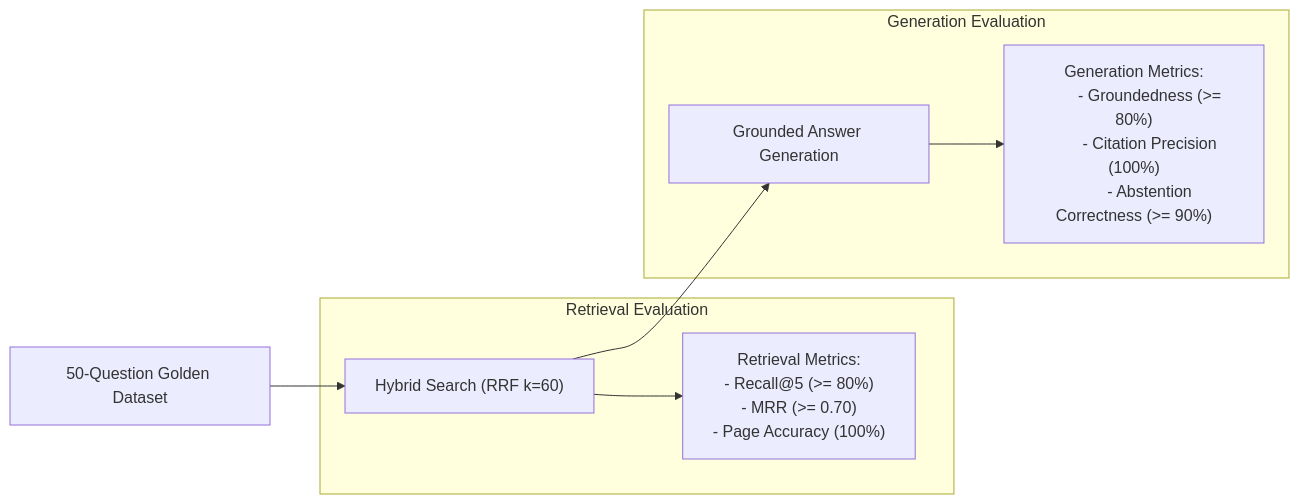
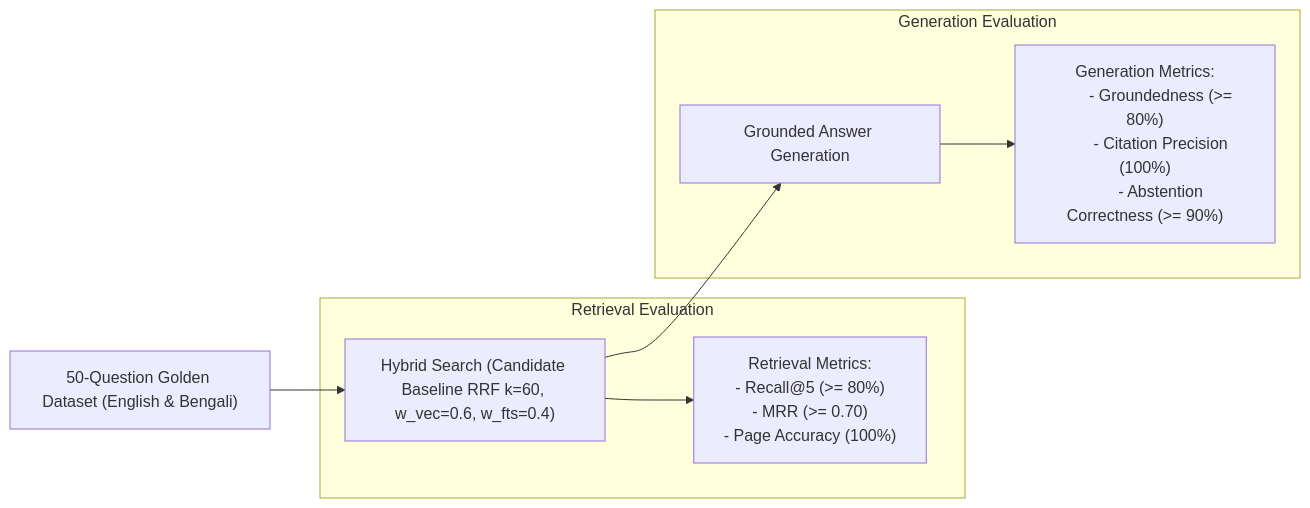
One commit to rimmon1234/RagBait changed the diagram in docs/phase4/RAG_EVALUATION_SPECIFICATION.md. Above: the diagram before and after it, drawn with Mermaid. The commit also changed other lines of this file and 11 other files, not shown here.

Commit message:
docs(phase4): refine embedding, provenance and generation architecture

````diff
--- a/docs/phase4/RAG_EVALUATION_SPECIFICATION.md
+++ b/docs/phase4/RAG_EVALUATION_SPECIFICATION.md
@@ -18,25 +18,25 @@
 ```mermaid
 flowchart LR
-    Dataset["50-Question Golden Dataset"]
+    Dataset["50-Question Golden Dataset (English & Bengali)"]
     
     subgraph Retrieval Evaluation
-        Search["Hybrid Search (RRF k=60)"]
+        Search["Hybrid Search (Candidate Baseline RRF k=60, w_vec=0.6, w_fts=0.4)"]
         RetMetrics["Retrieval Metrics:
         - Recall@5 (>= 80%)
         - MRR (>= 0.70)
         - Page Accuracy (100%)"]
     end
     
     subgraph Generation Evaluation
         LLM["Grounded Answer Generation"]
         GenMetrics["Generation Metrics:
         - Groundedness (>= 80%)
         - Citation Precision (100%)
         - Abstention Correctness (>= 90%)"]
     end
 
     Dataset --> Search
     Search --> RetMetrics
     Search --> LLM
     LLM --> GenMetrics
 ```
````
